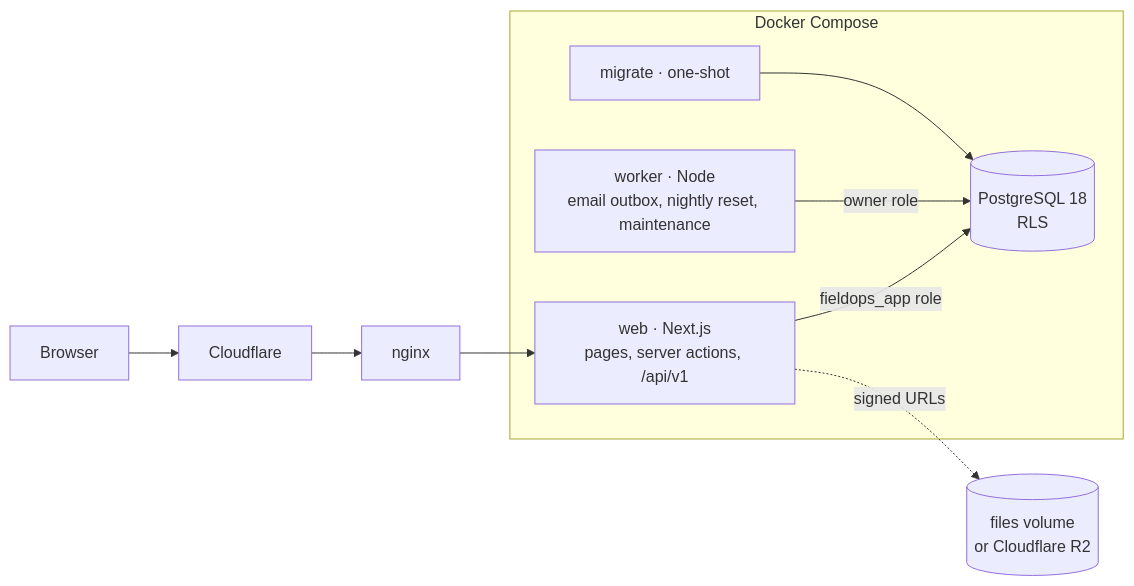
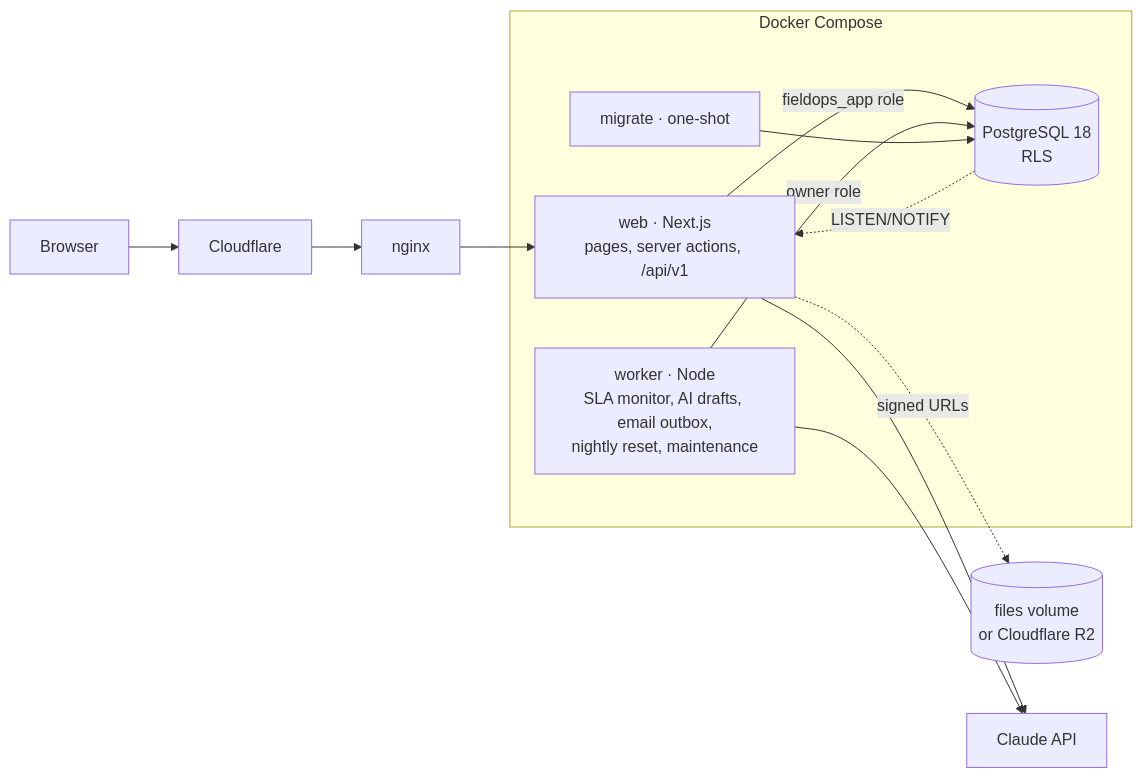
One commit to guzmanloeracode/fieldops changed the diagram in README.md. Above: the diagram before and after it, drawn with Mermaid. The commit also changed other lines of this file and 7 other files, not shown here.

````diff
--- a/README.md
+++ b/README.md
@@ -68,14 +88,17 @@
 ```mermaid
 flowchart LR
     B[Browser] --> CF[Cloudflare] --> NX[nginx] --> WEB
     subgraph Docker Compose
       WEB[web · Next.js<br/>pages, server actions, /api/v1]
-      WK[worker · Node<br/>email outbox, nightly reset, maintenance]
+      WK[worker · Node<br/>SLA monitor, AI drafts, email outbox,<br/>nightly reset, maintenance]
       MG[migrate · one-shot]
       PG[(PostgreSQL 18<br/>RLS)]
     end
     WEB -->|fieldops_app role| PG
     WK -->|owner role| PG
     MG --> PG
+    PG -. LISTEN/NOTIFY .-> WEB
     WEB -. signed URLs .-> FS[(files volume<br/>or Cloudflare R2)]
+    WEB --> AI[Claude API]
+    WK --> AI
 ```
````
